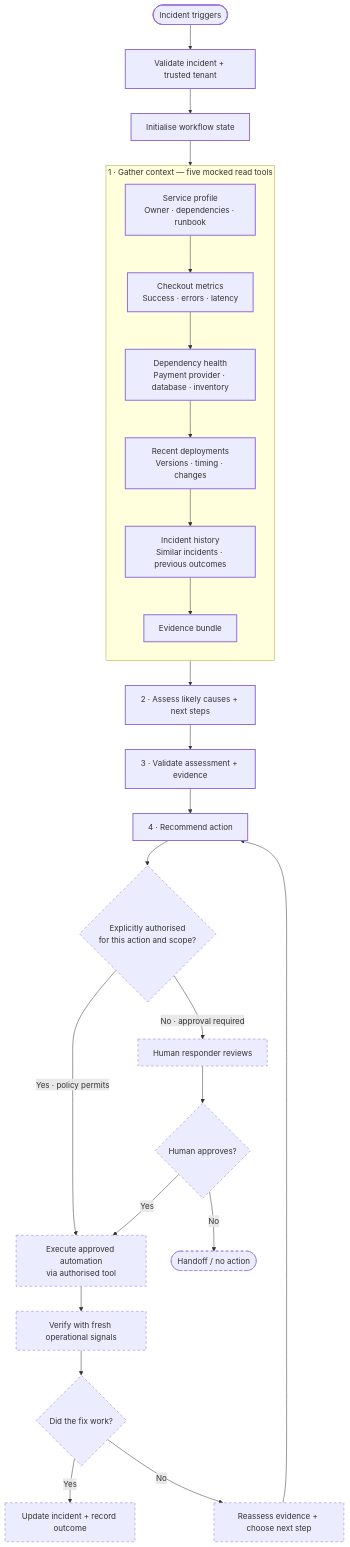
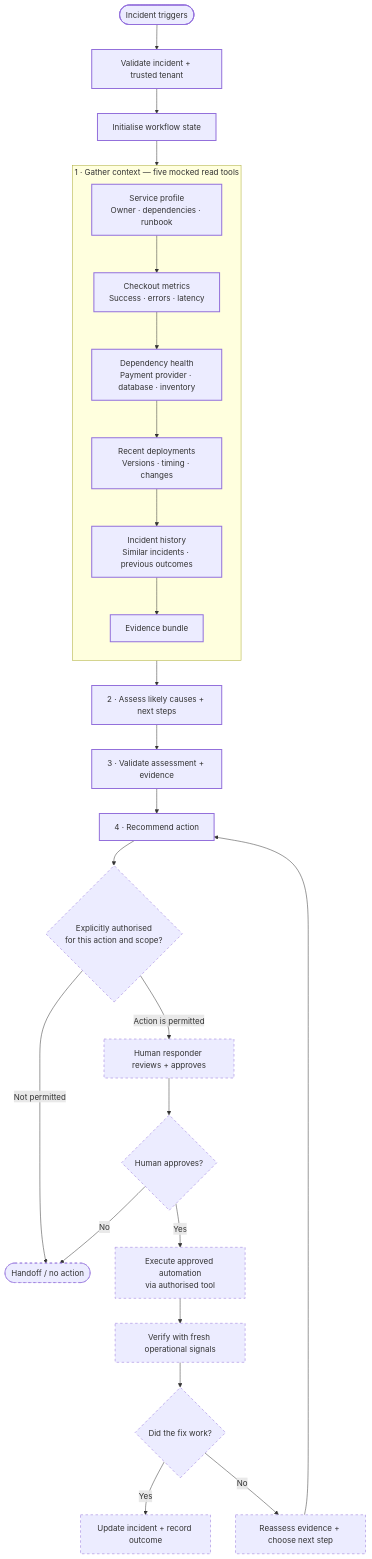
One commit to rudolfo-felix/pager-duty changed the diagram in README.md. Above: the diagram before and after it, drawn with Mermaid.

Commit message:
Align approval flow with take-home no-autonomous-actions assumption

````diff
--- a/README.md
+++ b/README.md
@@ -76,39 +76,39 @@
 ```mermaid
 flowchart TD
     A(["Incident triggers"]) --> B["Validate incident + trusted tenant"]
     B --> C["Initialise workflow state"]
 
     subgraph G["1 · Gather context — five mocked read tools"]
       direction TB
       T1["Service profile<br/>Owner · dependencies · runbook"]
       T2["Checkout metrics<br/>Success · errors · latency"]
       T3["Dependency health<br/>Payment provider · database · inventory"]
       T4["Recent deployments<br/>Versions · timing · changes"]
       T5["Incident history<br/>Similar incidents · previous outcomes"]
       T1 --> T2 --> T3 --> T4 --> T5
       T5 --> E["Evidence bundle"]
     end
 
     C --> T1
     E --> F["2 · Assess likely causes + next steps"]
     F --> V["3 · Validate assessment + evidence"]
     V --> H["4 · Recommend action"]
     H --> Z{"Explicitly authorised<br/>for this action and scope?"}
 
-    Z -- "Yes · policy permits" --> J["Execute approved automation<br/>via authorised tool"]
-    Z -- "No · approval required" --> K["Human responder reviews"]
+    Z -- "Action is permitted" --> K["Human responder reviews + approves"]
+    Z -- "Not permitted" --> M(["Handoff / no action"])
     K --> L{"Human approves?"}
-    L -- "Yes" --> J
-    L -- "No" --> M(["Handoff / no action"])
+    L -- "Yes" --> J["Execute approved automation<br/>via authorised tool"]
+    L -- "No" --> M
 
     J --> N["Verify with fresh operational signals"]
     N --> O{"Did the fix work?"}
     O -- "Yes" --> P["Update incident + record outcome"]
     O -- "No" --> Q["Reassess evidence + choose next step"]
     Q --> H
 
     classDef implemented stroke-width:2px
     class A,B,C,T1,T2,T3,T4,T5,E,F,V,H implemented
     class Z,J,K,L,M,N,O,P,Q production
     classDef production stroke-dasharray:5 5
 ```
````
